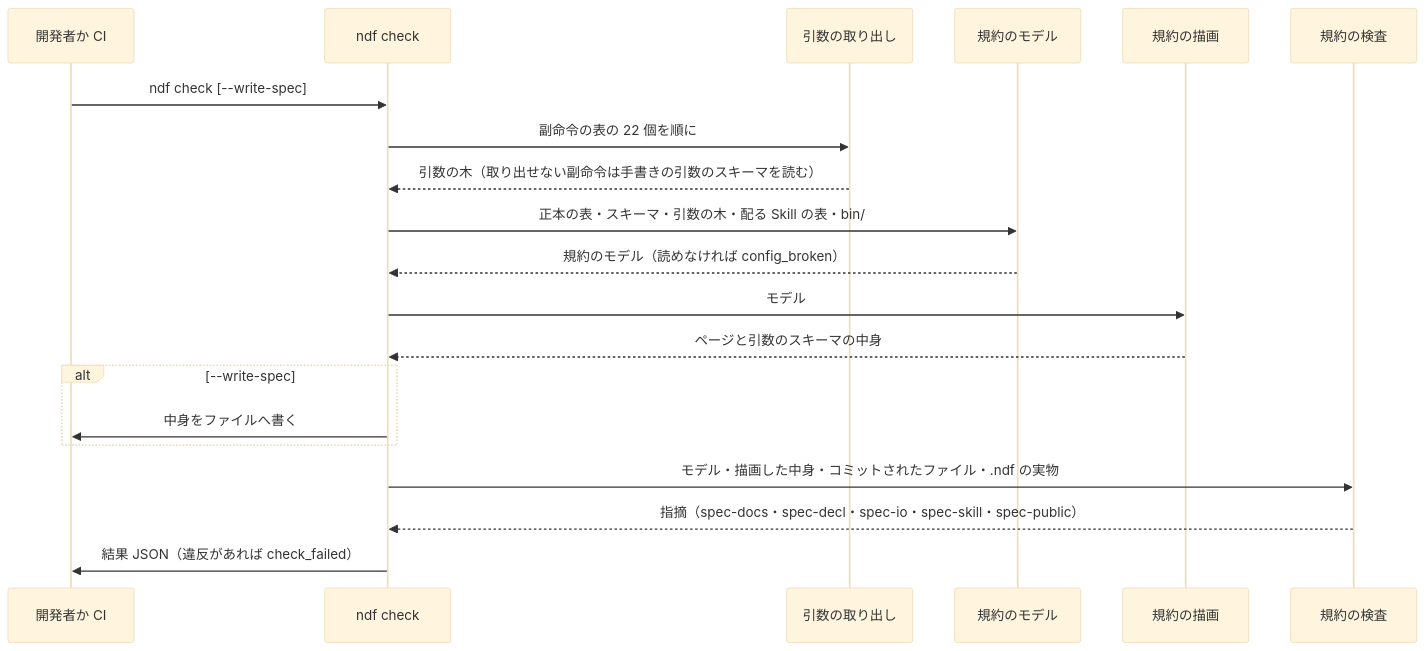
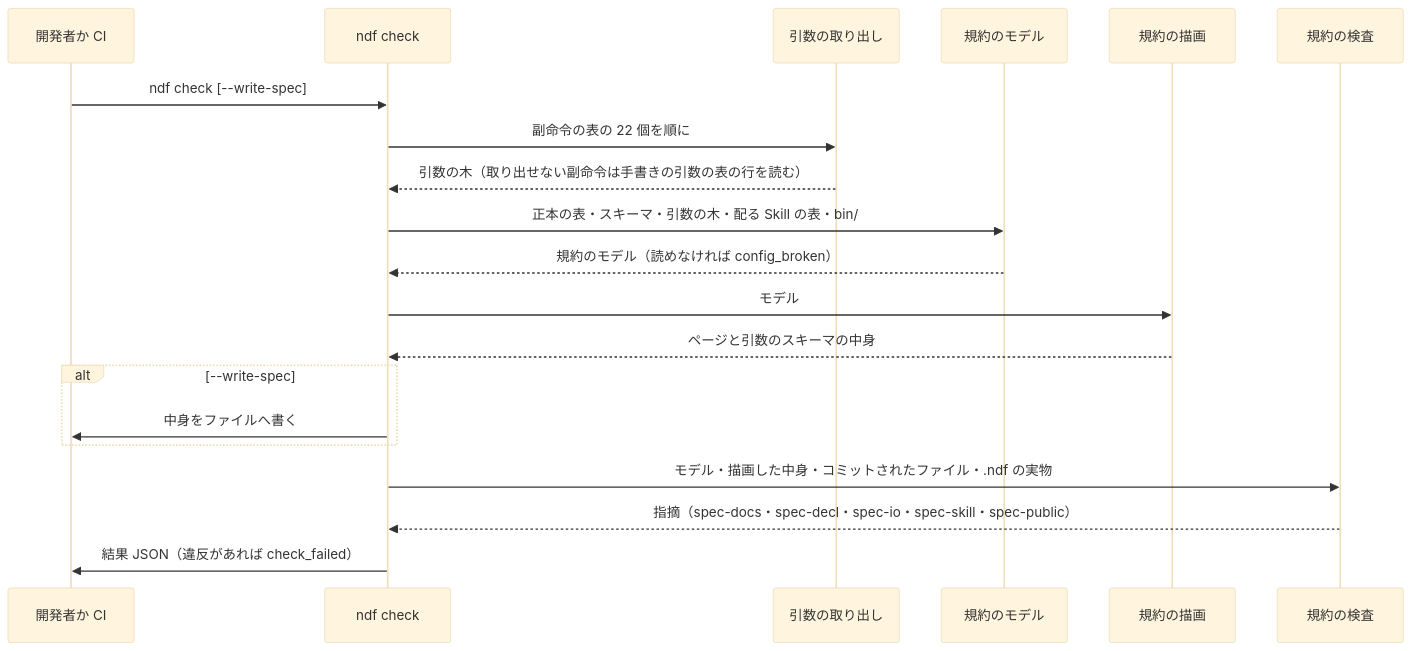
Before and after one commit to devbasex/ai-plugins: the third of 3 diagrams in issues/issue-3518-design.md, drawn with Mermaid (base theme). The commit also changed other lines of this file and 1 other file, not shown here.

````diff
--- a/issues/issue-3518-design.md
+++ b/issues/issue-3518-design.md
@@ -299,22 +311,22 @@
 ```mermaid
 sequenceDiagram
     participant Dev as 開発者か CI
     participant Chk as ndf check
     participant Arg as 引数の取り出し
     participant Mod as 規約のモデル
     participant Ren as 規約の描画
     participant Spc as 規約の検査
     Dev->>Chk: ndf check [--write-spec]
     Chk->>Arg: 副命令の表の 22 個を順に
-    Arg-->>Chk: 引数の木（取り出せない副命令は手書きの引数のスキーマを読む）
+    Arg-->>Chk: 引数の木（取り出せない副命令は手書きの引数の表の行を読む）
     Chk->>Mod: 正本の表・スキーマ・引数の木・配る Skill の表・bin/
     Mod-->>Chk: 規約のモデル（読めなければ config_broken）
     Chk->>Ren: モデル
     Ren-->>Chk: ページと引数のスキーマの中身
     alt --write-spec
         Chk->>Dev: 中身をファイルへ書く
     end
     Chk->>Spc: モデル・描画した中身・コミットされたファイル・.ndf の実物
     Spc-->>Chk: 指摘（spec-docs・spec-decl・spec-io・spec-skill・spec-public）
     Chk->>Dev: 結果 JSON（違反があれば check_failed）
 ```
````
